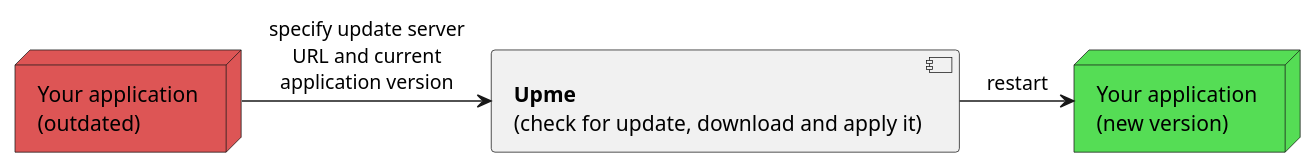
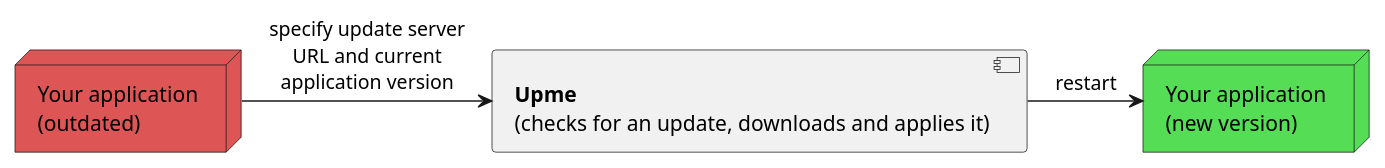
Before and after one commit to olepoeschl/Upme: the diagram in docs/c1.puml, drawn with PlantUML.

Commit message:
c1 diagram typo

```diff
--- a/docs/c1.puml
+++ b/docs/c1.puml
@@ -1,12 +1,12 @@
 @startuml
 skinparam backgroundColor transparent
 'skinparam linetype ortho // orthogonal lines for cleaner routing
 
-component "**Upme**\n(check for update, download and apply it)" as upme
+component "**Upme**\n(checks for an update, downloads and applies it)" as upme
 node "Your application \n(outdated)" as old_app #dd5555
 node "Your application \n(new version)" as new_app #55dd55
 
 old_app -right-> upme: "specify update server\nURL and current\napplication version"
 upme -right-> new_app : "restart"
 
 @enduml
```
